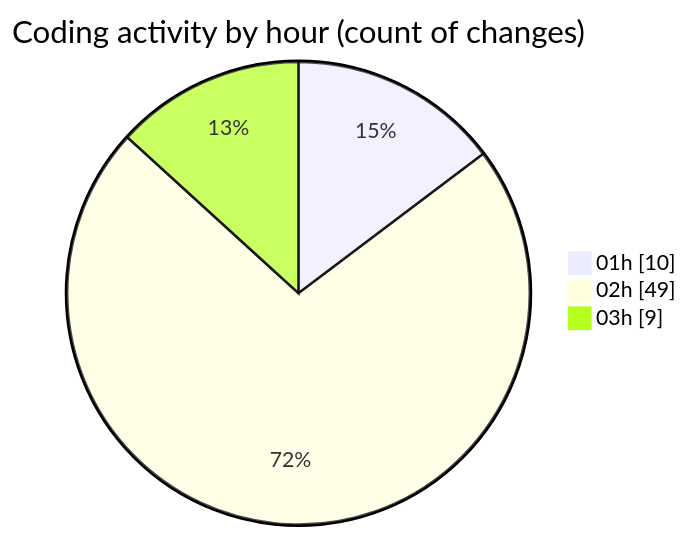
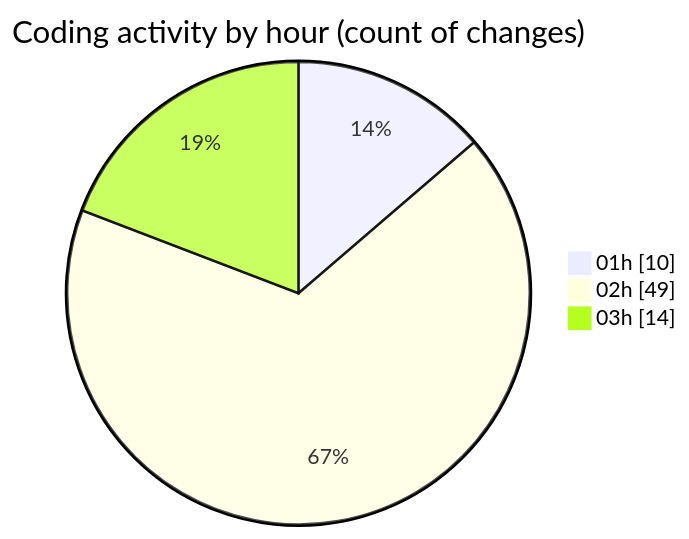
One commit to julien-gomy/code-tracking changed the second of 2 diagrams in 2025-11-21/eventscop-frontend-guide__workspace_/README.md. Above: the diagram before and after it, drawn with Mermaid. The commit also changed other lines of this file and 1 other file, not shown here.

````diff
--- a/2025-11-21/eventscop-frontend-guide__workspace_/README.md
+++ b/2025-11-21/eventscop-frontend-guide__workspace_/README.md
@@ -58,7 +58,7 @@
 ```mermaid
 pie showData
 title Coding activity by hour (count of changes)
 "01h" : 10
 "02h" : 49
-"03h" : 9
+"03h" : 14
 ```
````
